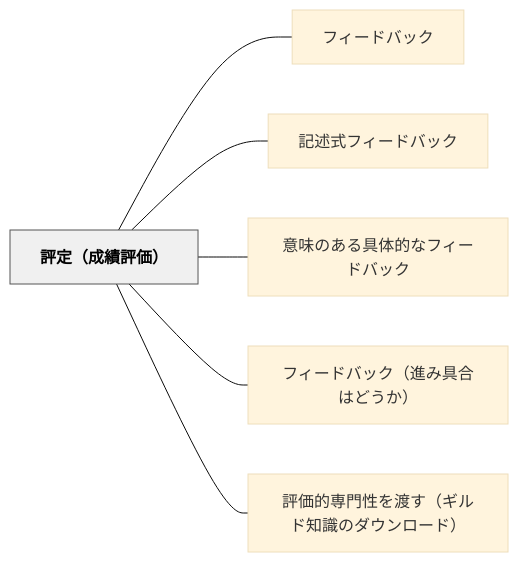
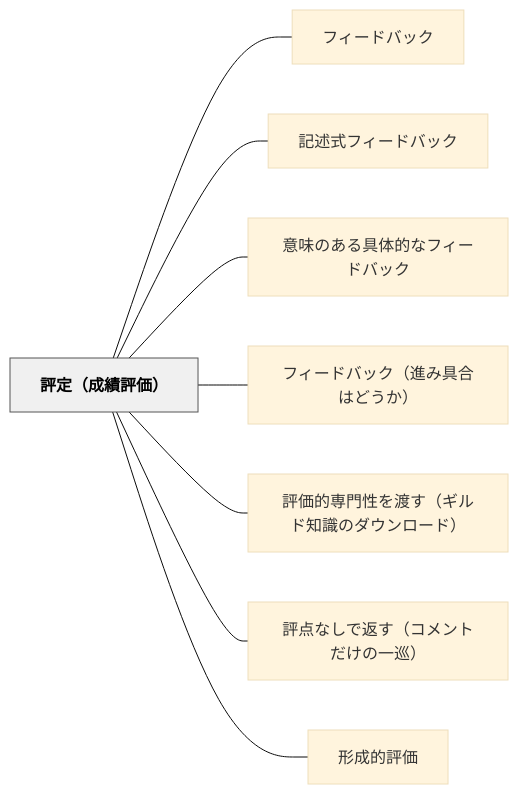
Before and after one commit to unknownthings-ed-patterns/unknownthings-ed-patterns: the diagram in content/パタン/評定（成績評価）.md, drawn with Mermaid (base theme). The commit also changed other lines of this file and 2 other files, not shown here.

Commit message:
auto: Obsidianから同期 2026-08-03 06:58

````diff
--- a/content/パタン/評定（成績評価）.md
+++ b/content/パタン/評定（成績評価）.md
@@ -104,18 +108,22 @@
 ```mermaid
 flowchart LR
     ne8a995e5ae9aefbc88e68890e7b8bee8a995e4bea1efbc89["評定（成績評価）"]
     ne38395e382a3e383bce38389e38390e38383e382af["フィードバック"]
     ne8a898e8bfb0e5bc8fe38395e382a3e383bce38389e38390e38383e382af["記述式フィードバック"]
     ne6848fe591b3e381aee38182e3828be585b7e4bd93e79a84e381aae38395e382a3e383bce38389e38390e38383e382af["意味のある具体的なフィードバック"]
     ne38395e382a3e383bce38389e38390e38383e382afefbc88e980b2e381bfe585b7e59088e381afe381a9e38186e3818befbc89["フィードバック（進み具合はどうか）"]
     ne8a995e4bea1e79a84e5b082e99680e680a7e38292e6b8a1e38199efbc88e382aee383abe38389e79fa5e8ad98e381aee38380e382a6e383b3e383ade383bce38389efbc89["評価的専門性を渡す（ギルド知識のダウンロード）"]
+    ne8a995e782b9e381aae38197e381a7e8bf94e38199efbc88e382b3e383a1e383b3e38388e381a0e38191e381aee4b880e5b7a1efbc89["評点なしで返す（コメントだけの一巡）"]
+    ne5bda2e68890e79a84e8a995e4bea1["形成的評価"]
 
     ne8a995e5ae9aefbc88e68890e7b8bee8a995e4bea1efbc89 --- ne38395e382a3e383bce38389e38390e38383e382af
     ne8a995e5ae9aefbc88e68890e7b8bee8a995e4bea1efbc89 --- ne8a898e8bfb0e5bc8fe38395e382a3e383bce38389e38390e38383e382af
     ne8a995e5ae9aefbc88e68890e7b8bee8a995e4bea1efbc89 --- ne6848fe591b3e381aee38182e3828be585b7e4bd93e79a84e381aae38395e382a3e383bce38389e38390e38383e382af
     ne8a995e5ae9aefbc88e68890e7b8bee8a995e4bea1efbc89 --- ne38395e382a3e383bce38389e38390e38383e382afefbc88e980b2e381bfe585b7e59088e381afe381a9e38186e3818befbc89
     ne8a995e5ae9aefbc88e68890e7b8bee8a995e4bea1efbc89 --- ne8a995e4bea1e79a84e5b082e99680e680a7e38292e6b8a1e38199efbc88e382aee383abe38389e79fa5e8ad98e381aee38380e382a6e383b3e383ade383bce38389efbc89
+    ne8a995e5ae9aefbc88e68890e7b8bee8a995e4bea1efbc89 --- ne8a995e782b9e381aae38197e381a7e8bf94e38199efbc88e382b3e383a1e383b3e38388e381a0e38191e381aee4b880e5b7a1efbc89
+    ne8a995e5ae9aefbc88e68890e7b8bee8a995e4bea1efbc89 --- ne5bda2e68890e79a84e8a995e4bea1
 
     classDef hub fill:#f0f0f0,stroke:#555,color:#000,font-weight:bold
     class ne8a995e5ae9aefbc88e68890e7b8bee8a995e4bea1efbc89 hub
 ```
````
